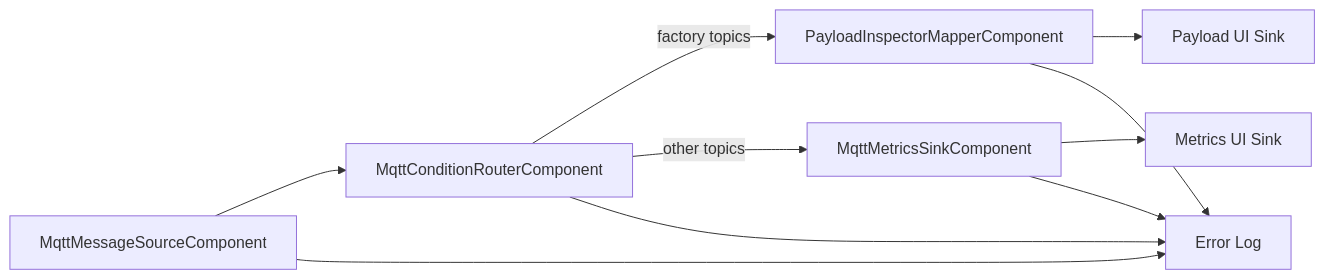
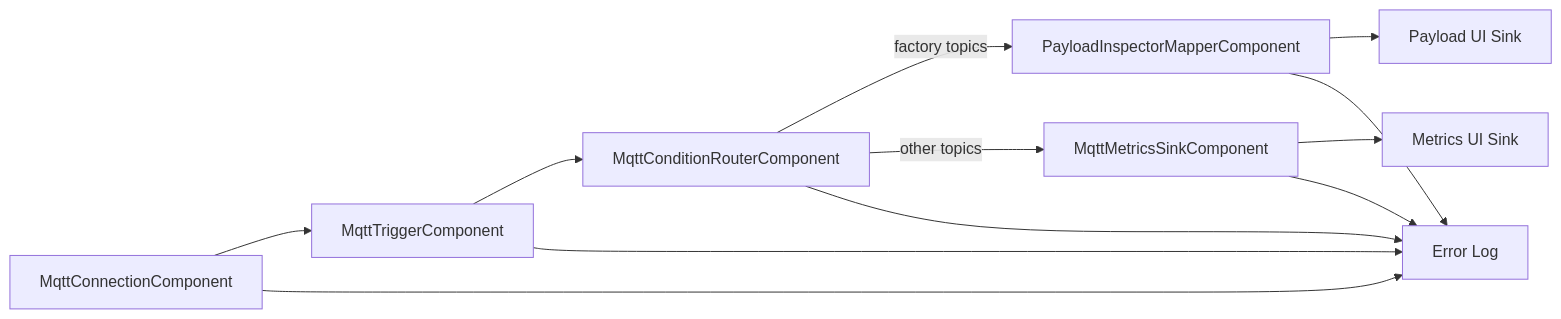
Diagram 14 of 16 in docs/flow-components.md (araxis/FluxMq), drawn with Mermaid before and after one commit. The commit also changed other lines of this file and 9 other files, not shown here.

Commit message:
docs: update flow component documentation

````diff
--- a/docs/flow-components.md
+++ b/docs/flow-components.md
@@ -478,12 +508,14 @@
 ```mermaid
 flowchart LR
-    Source["MqttMessageSourceComponent"] --> Router["MqttConditionRouterComponent"]
+    Connection["MqttConnectionComponent"] --> Trigger["MqttTriggerComponent"]
+    Trigger --> Router["MqttConditionRouterComponent"]
     Router -->|factory topics| Inspector["PayloadInspectorMapperComponent"]
     Router -->|other topics| Metrics["MqttMetricsSinkComponent"]
     Inspector --> Ui["Payload UI Sink"]
     Metrics --> MetricsUi["Metrics UI Sink"]
-    Source --> ErrorLog["Error Log"]
+    Connection --> ErrorLog["Error Log"]
+    Trigger --> ErrorLog
     Router --> ErrorLog
     Inspector --> ErrorLog
     Metrics --> ErrorLog
 ```
````
